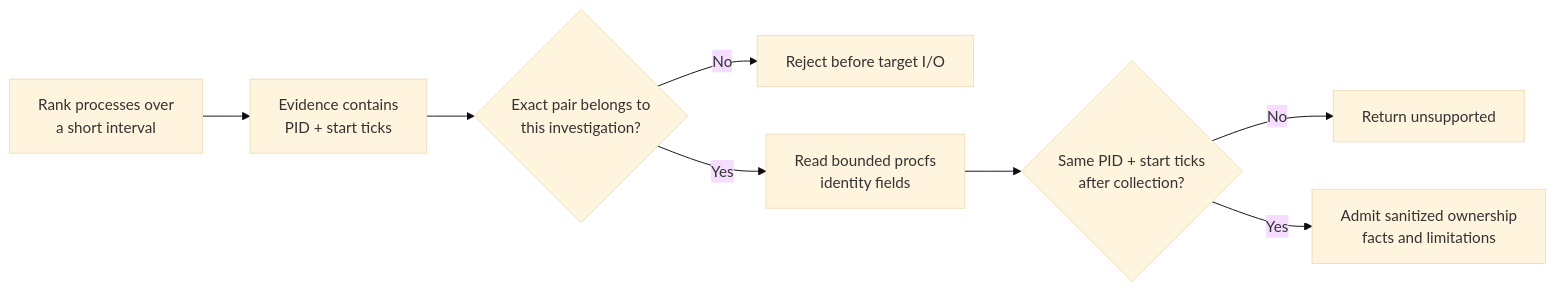
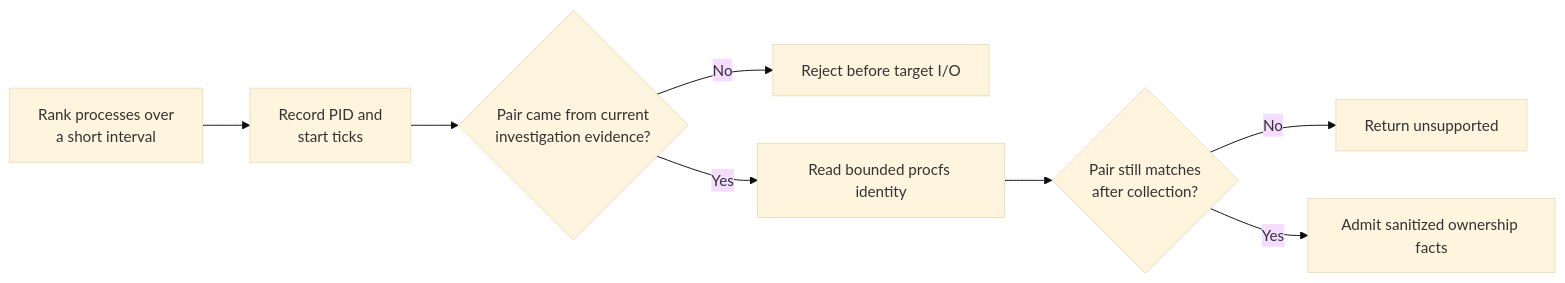
One commit to Qingyu255/Linux-Oncall-Agent changed the fifth of 7 diagrams in docs/interview-presentation.md. Above: the diagram before and after it, drawn with Mermaid (base theme). The commit also changed other lines of this file and 1 other file, not shown here.

````diff
--- a/docs/interview-presentation.md
+++ b/docs/interview-presentation.md
@@ -90,10 +183,10 @@
 ```mermaid
 flowchart LR
-    R[Rank processes over<br/>a short interval] --> I[Evidence contains<br/>PID + start ticks]
-    I --> A{Exact pair belongs to<br/>this investigation?}
+    R[Rank processes over<br/>a short interval] --> I[Record PID and<br/>start ticks]
+    I --> A{Pair came from current<br/>investigation evidence?}
     A -->|No| X[Reject before target I/O]
-    A -->|Yes| P[Read bounded procfs<br/>identity fields]
-    P --> C{Same PID + start ticks<br/>after collection?}
+    A -->|Yes| P[Read bounded procfs identity]
+    P --> C{Pair still matches<br/>after collection?}
     C -->|No| U[Return unsupported]
-    C -->|Yes| E[Admit sanitized ownership<br/>facts and limitations]
+    C -->|Yes| E[Admit sanitized ownership facts]
 ```
````
